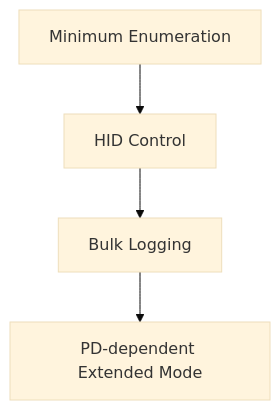
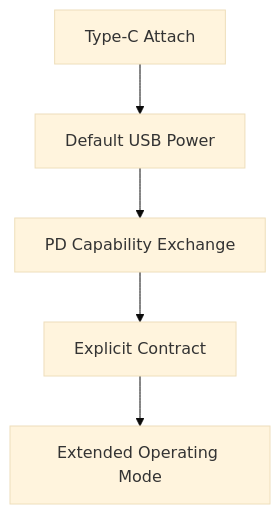
One commit to goura32/techbook changed diagram 11 of 13 in books/usb-from-spec/figures-final.md. Above: the diagram before and after it, drawn with Mermaid (base theme). The commit also changed other lines of this file and 38 other files, not shown here.

````diff
--- a/books/usb-from-spec/figures-final.md
+++ b/books/usb-from-spec/figures-final.md
@@ -112,6 +206,7 @@
 ```mermaid
 flowchart TD
-  A["Minimum Enumeration"] --> B["HID Control"]
-  B --> C["Bulk Logging"]
-  C --> D["PD-dependent Extended Mode"]
+  A["Type-C Attach"] --> B["Default USB Power"]
+  B --> C["PD Capability Exchange"]
+  C --> D["Explicit Contract"]
+  D --> E["Extended Operating Mode"]
 ```
````
